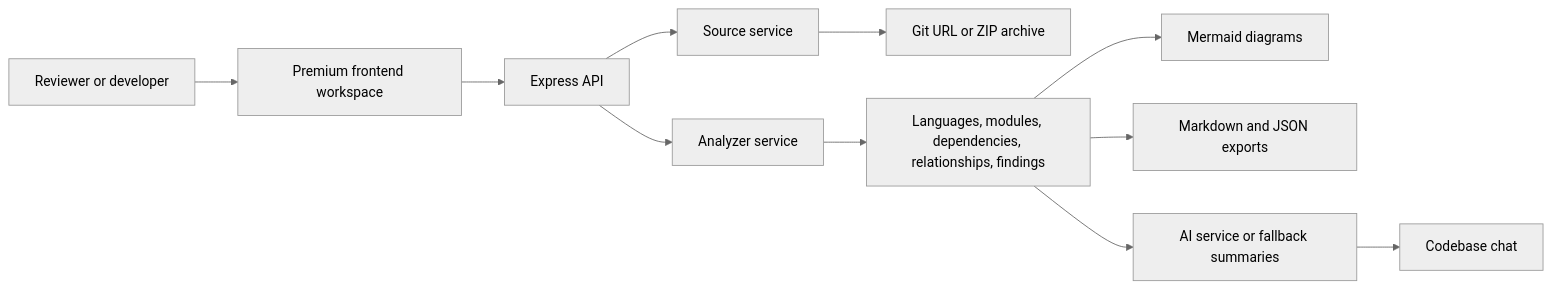
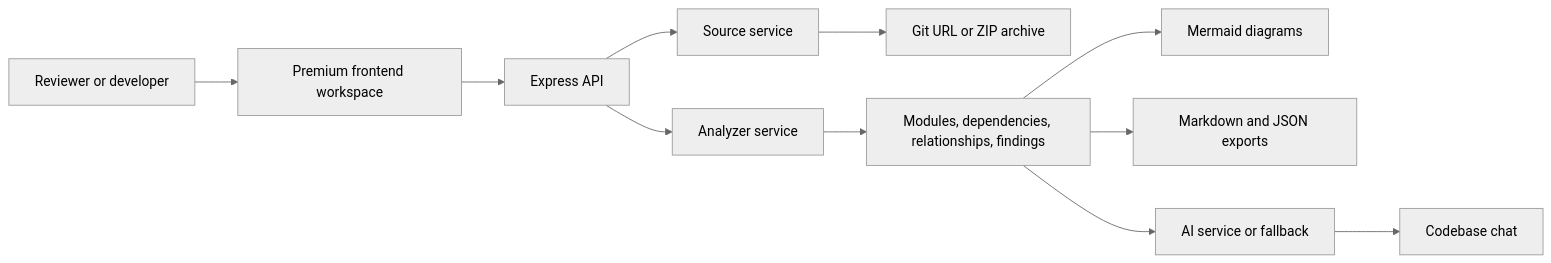
One commit to agarwalujala3-lang/LumenStack-AI changed the diagram in README.md. Above: the diagram before and after it, drawn with Mermaid (neutral theme). The commit also changed other lines of this file and 5 other files, not shown here.

````diff
--- a/README.md
+++ b/README.md
@@ -117,13 +89,13 @@
 ```mermaid
 flowchart LR
-  Reviewer[Reviewer or developer] --> Frontend[Premium frontend workspace]
-  Frontend --> API[Express API]
-  API --> Intake[Source service]
-  Intake --> Source[Git URL or ZIP archive]
+  User[Reviewer or developer] --> UI[Premium frontend workspace]
+  UI --> API[Express API]
+  API --> Source[Source service]
+  Source --> Input[Git URL or ZIP archive]
   API --> Analyzer[Analyzer service]
-  Analyzer --> Signals[Languages, modules, dependencies, relationships, findings]
+  Analyzer --> Signals[Modules, dependencies, relationships, findings]
   Signals --> Diagrams[Mermaid diagrams]
-  Signals --> Export[Markdown and JSON exports]
-  Signals --> AI[AI service or fallback summaries]
+  Signals --> Reports[Markdown and JSON exports]
+  Signals --> AI[AI service or fallback]
   AI --> Chat[Codebase chat]
 ```
````
